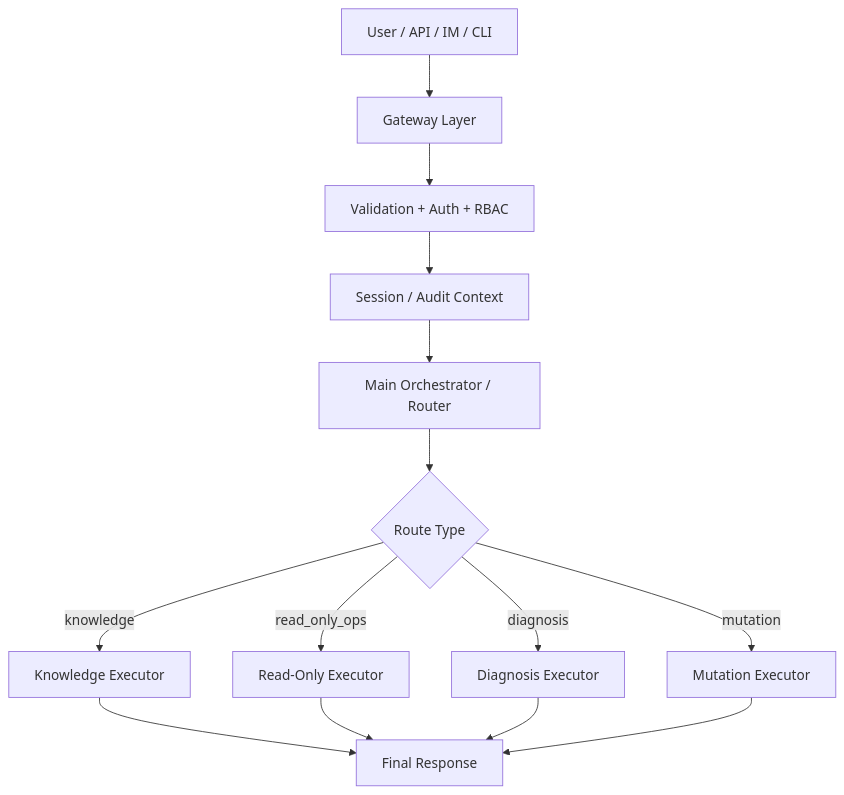
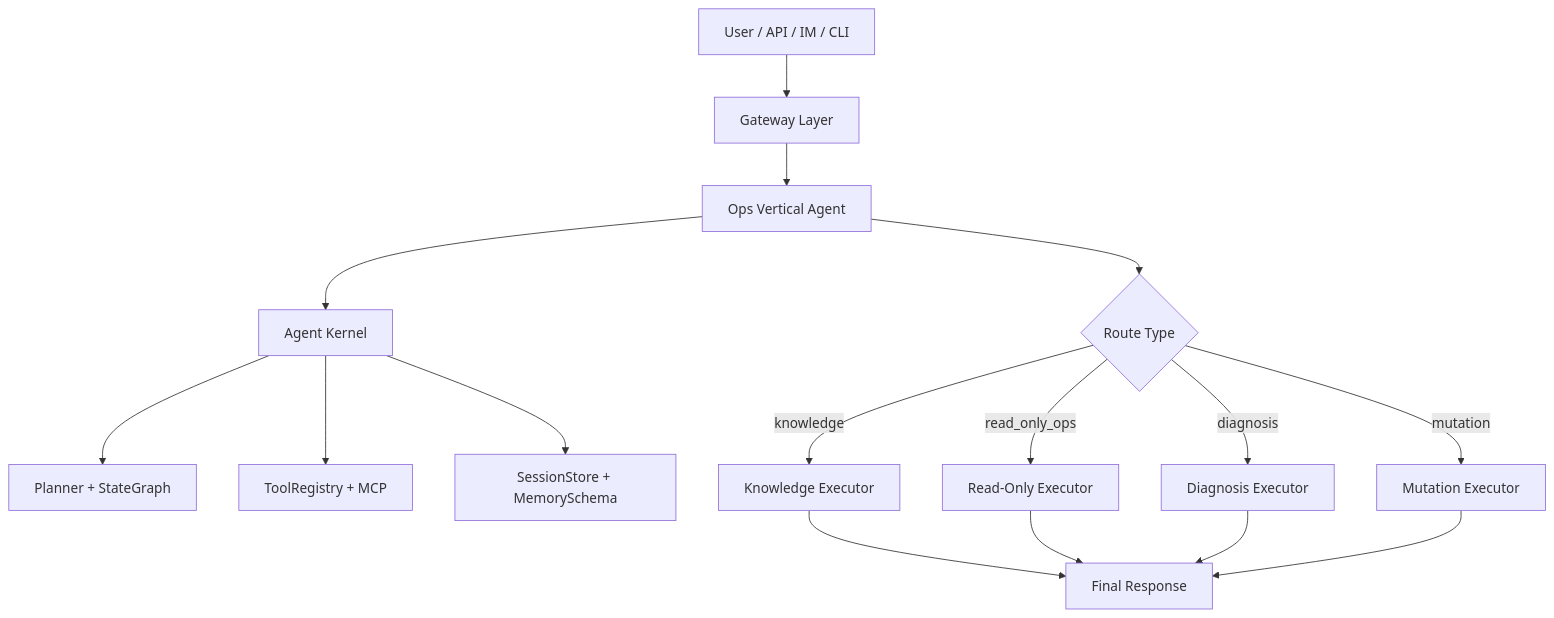
The diagram in README.md (lichao01111-dot/ops-agent), drawn with Mermaid before and after one commit. The commit also changed other lines of this file and 50 other files, not shown here.

````diff
--- a/README.md
+++ b/README.md
@@ -34,18 +34,19 @@
 ```mermaid
 flowchart TD
     U["User / API / IM / CLI"] --> G["Gateway Layer"]
-    G --> V["Validation + Auth + RBAC"]
-    V --> S["Session / Audit Context"]
-    S --> R["Main Orchestrator / Router"]
-
-    R --> C{"Route Type"}
-    C -->|knowledge| K["Knowledge Executor"]
+    G --> O["Ops Vertical Agent"]
+    O --> K["Agent Kernel"]
+    K --> P["Planner + StateGraph"]
+    K --> T["ToolRegistry + MCP"]
+    K --> M["SessionStore + MemorySchema"]
+    O --> C{"Route Type"}
+    C -->|knowledge| KX["Knowledge Executor"]
     C -->|read_only_ops| Q["Read-Only Executor"]
     C -->|diagnosis| D["Diagnosis Executor"]
-    C -->|mutation| M["Mutation Executor"]
+    C -->|mutation| MX["Mutation Executor"]
 
-    K --> OUT["Final Response"]
+    KX --> OUT["Final Response"]
     Q --> OUT
     D --> OUT
-    M --> OUT
+    MX --> OUT
 ```
````
